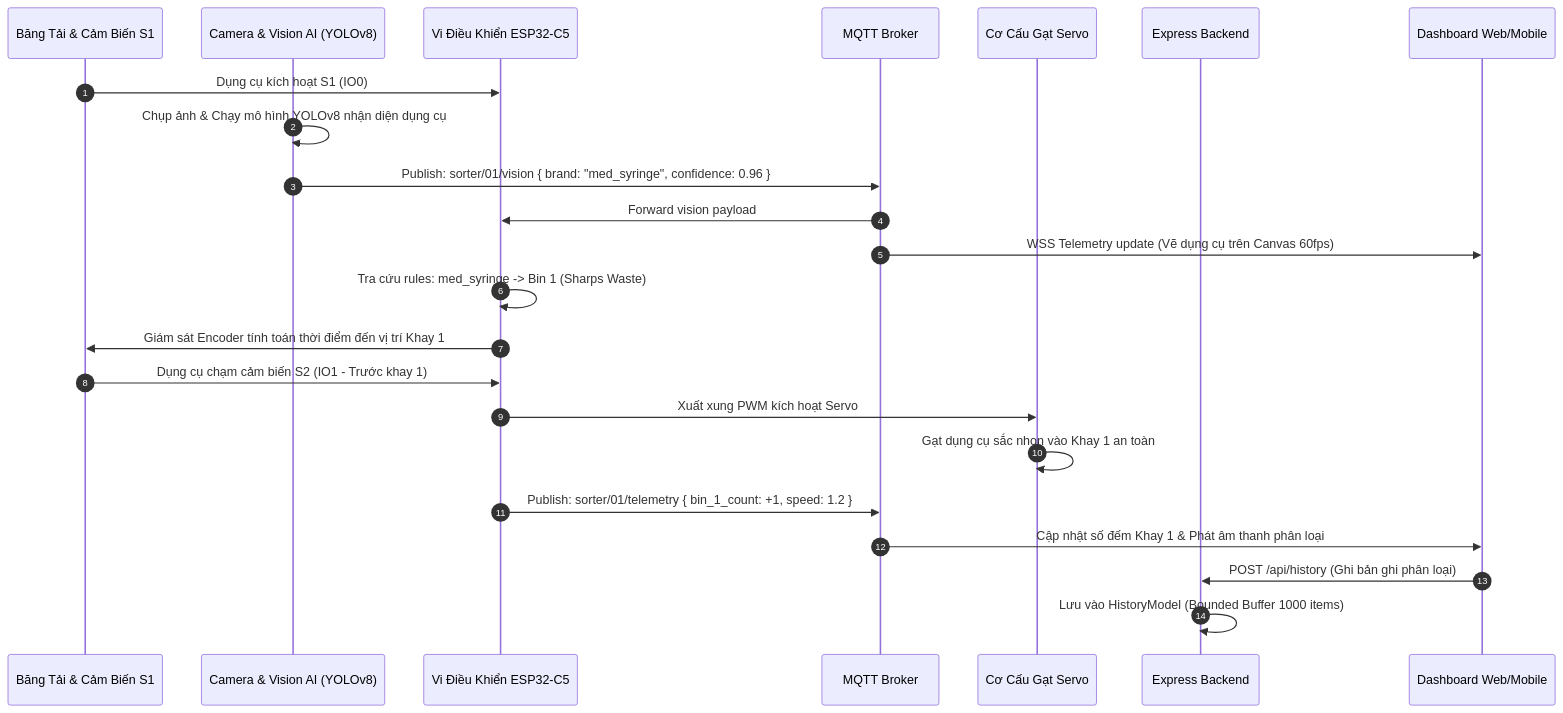
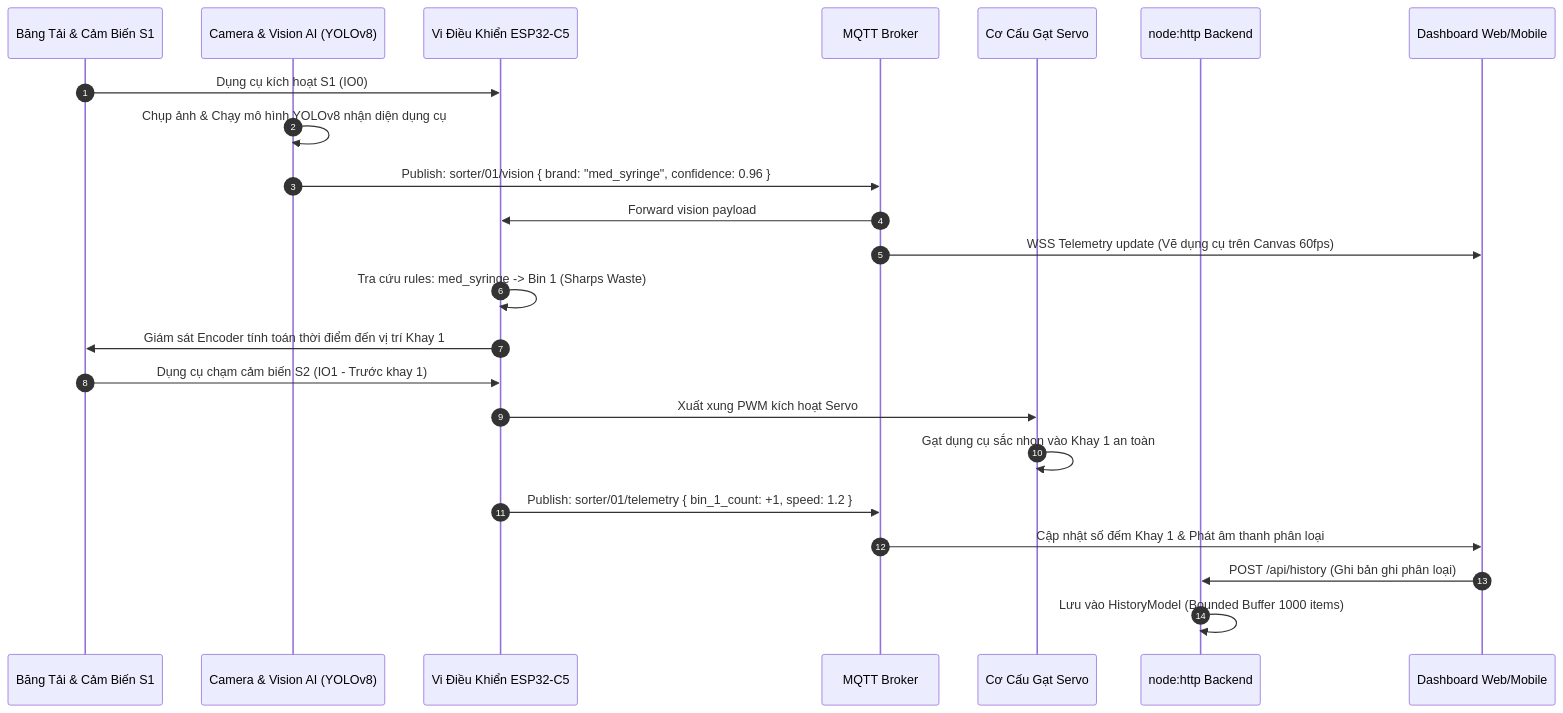
One commit to duyphong375/SortiX-Dashboard changed the first of 5 diagrams in docs/architecture.md. Above: the diagram before and after it, drawn with Mermaid. The commit also changed other lines of this file and 33 other files, not shown here.

````diff
--- a/docs/architecture.md
+++ b/docs/architecture.md
@@ -207,30 +218,30 @@
 ```mermaid
 sequenceDiagram
     autonumber
     participant Belt as Băng Tải & Cảm Biến S1
     participant Cam as Camera & Vision AI (YOLOv8)
     participant ESP as Vi Điều Khiển ESP32-C5
     participant Broker as MQTT Broker
     participant Servo as Cơ Cấu Gạt Servo
-    participant Server as Express Backend
+    participant Server as node:http Backend
     participant UI as Dashboard Web/Mobile
 
     Belt->>ESP: Dụng cụ kích hoạt S1 (IO0)
     Cam->>Cam: Chụp ảnh & Chạy mô hình YOLOv8 nhận diện dụng cụ
     Cam->>Broker: Publish: sorter/01/vision { brand: "med_syringe", confidence: 0.96 }
     Broker->>ESP: Forward vision payload
     Broker->>UI: WSS Telemetry update (Vẽ dụng cụ trên Canvas 60fps)
     
     ESP->>ESP: Tra cứu rules: med_syringe -> Bin 1 (Sharps Waste)
     ESP->>Belt: Giám sát Encoder tính toán thời điểm đến vị trí Khay 1
     
     Belt->>ESP: Dụng cụ chạm cảm biến S2 (IO1 - Trước khay 1)
     ESP->>Servo: Xuất xung PWM kích hoạt Servo #1 (IO23) gạt phôi
     Servo->>Servo: Gạt dụng cụ sắc nhọn vào Khay 1 an toàn
     
     ESP->>Broker: Publish: sorter/01/telemetry { bin_1_count: +1, speed: 1.2 }
     Broker->>UI: Cập nhật số đếm Khay 1 & Phát âm thanh phân loại
     
     UI->>Server: POST /api/history (Ghi bản ghi phân loại)
     Server->>Server: Lưu vào HistoryModel (Bounded Buffer 1000 items)
 ```
````
